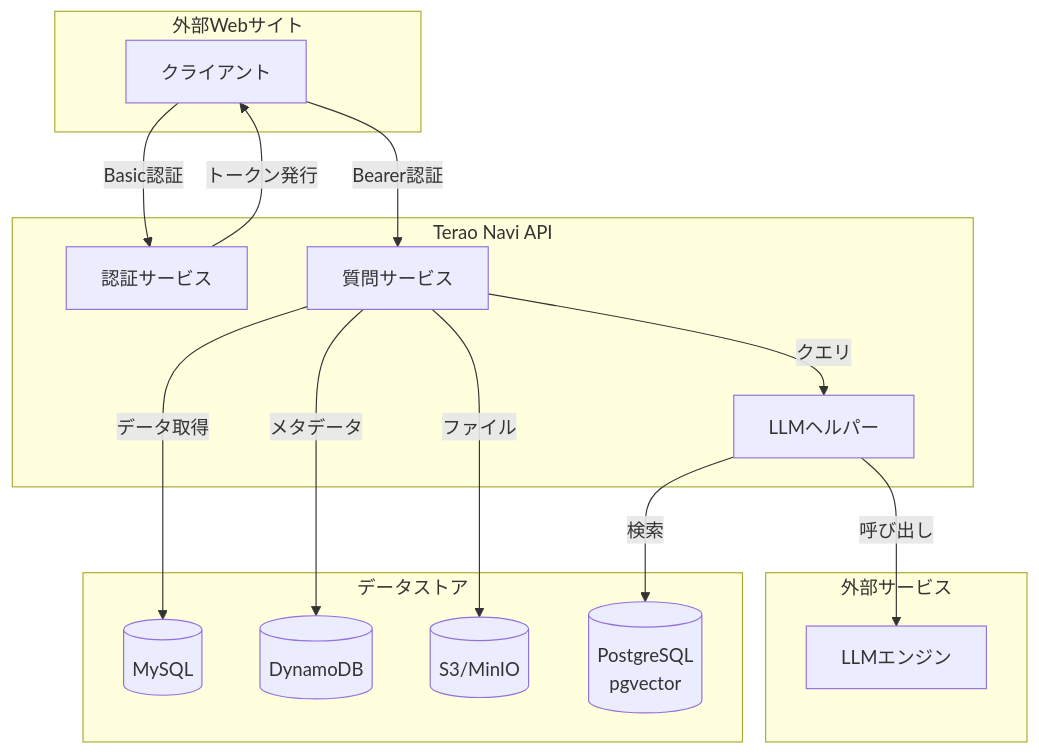
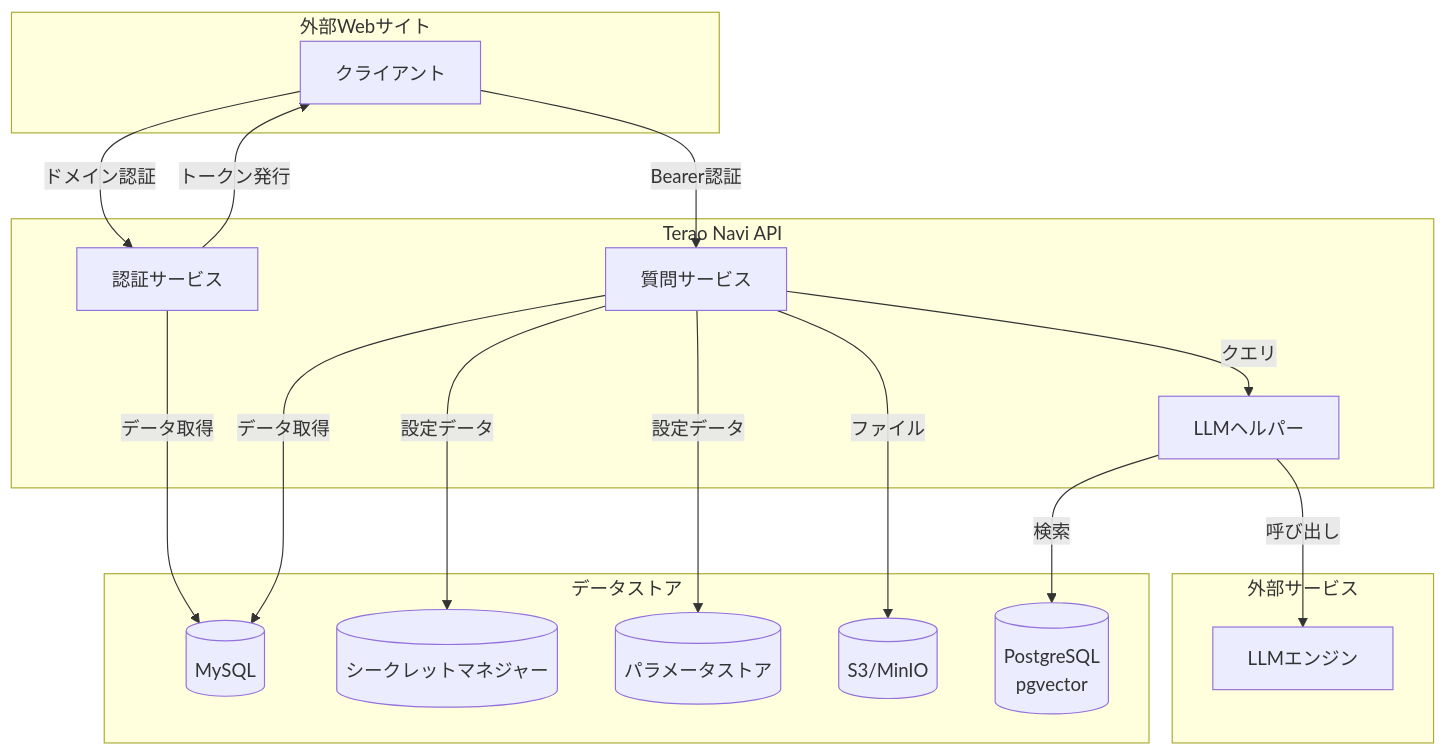
Before and after one commit to terao06/terao_navi_api: the first of 2 diagrams in README.md, drawn with Mermaid.

Commit message:
api使用パターンの対応

````diff
--- a/README.md
+++ b/README.md
@@ -33,33 +33,34 @@
 ```mermaid
 graph TB
     subgraph "外部Webサイト"
         Client[クライアント]
     end
     
     subgraph "Terao Navi API"
         Auth[認証サービス]
         Question[質問サービス]
         LLMHelper[LLMヘルパー]
     end
-    
+    subgraph "外部サービス"
+        LLM[LLMエンジン]
+    end
     subgraph "データストア"
         MySQL[(MySQL)]
-        DynamoDB[(DynamoDB)]
+        SM[(シークレットマネジャー)]
+        SSM[(パラメータストア)]
         S3[(S3/MinIO)]
         VectorDB[(PostgreSQL<br/>pgvector)]
     end
     
-    subgraph "外部サービス"
-        LLM[LLMエンジン]
-    end
-    
-    Client -->|Basic認証| Auth
+    Client -->|ドメイン認証| Auth
+    Auth -->|データ取得| MySQL
     Auth -->|トークン発行| Client
     Client -->|Bearer認証| Question
     Question -->|クエリ| LLMHelper
     LLMHelper -->|検索| VectorDB
     LLMHelper -->|呼び出し| LLM
     Question -->|データ取得| MySQL
-    Question -->|メタデータ| DynamoDB
+    Question -->|設定データ| SM
+    Question -->|設定データ| SSM
     Question -->|ファイル| S3
 ```
````
